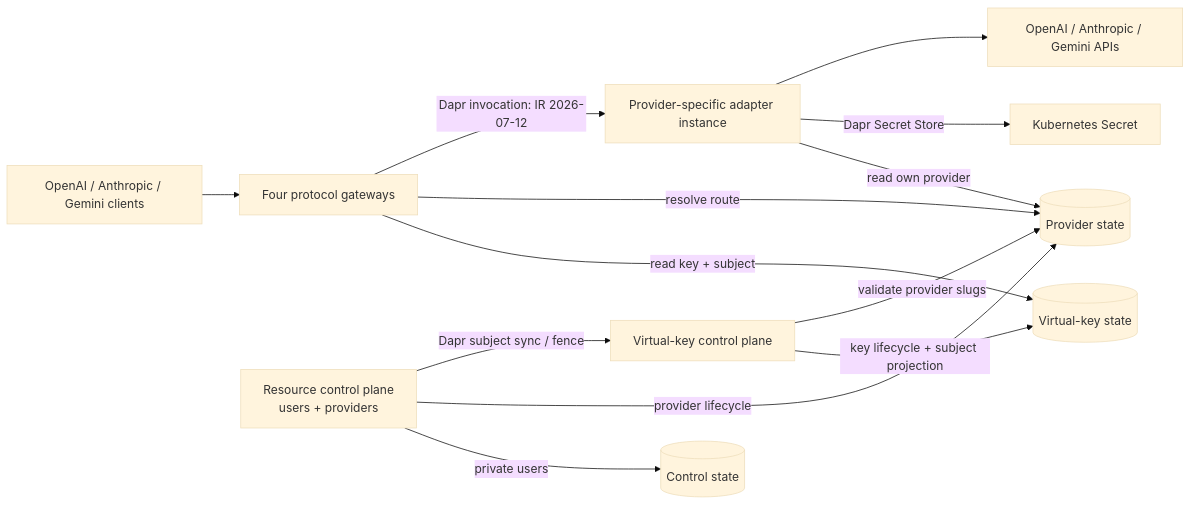
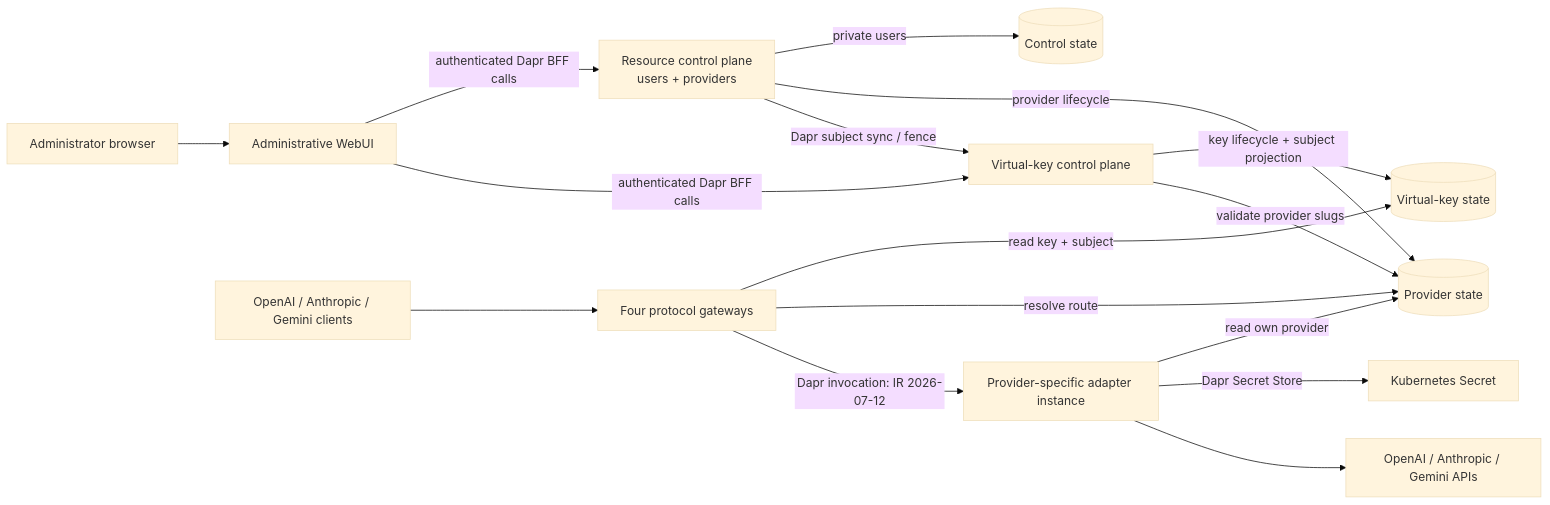
One commit to Albe83/gwai changed the diagram in README.md. Above: the diagram before and after it, drawn with Mermaid (base theme). The commit also changed other lines of this file and 39 other files, not shown here.

Commit message:
feat(admin): add lifecycle management web UI (#7)

````diff
--- a/README.md
+++ b/README.md
@@ -30,15 +30,18 @@
 ```mermaid
 flowchart LR
+    Admin[Administrator browser] --> UI[Administrative WebUI]
+    UI -->|authenticated Dapr BFF calls| CP
+    UI -->|authenticated Dapr BFF calls| KP
     Clients[OpenAI / Anthropic / Gemini clients] --> Gateways[Four protocol gateways]
     CP[Resource control plane<br/>users + providers] -->|private users| CS[(Control state)]
     CP -->|provider lifecycle| PS[(Provider state)]
     CP -->|Dapr subject sync / fence| KP[Virtual-key control plane]
     KP -->|key lifecycle + subject projection| KS[(Virtual-key state)]
     KP -->|validate provider slugs| PS
     Gateways -->|read key + subject| KS
     Gateways -->|resolve route| PS
     Gateways -->|Dapr invocation: IR 2026-07-12| Adapters[Provider-specific adapter instance]
     Adapters -->|read own provider| PS
     Adapters -->|Dapr Secret Store| Secrets[Kubernetes Secret]
     Adapters --> Providers[OpenAI / Anthropic / Gemini APIs]
 ```
````
